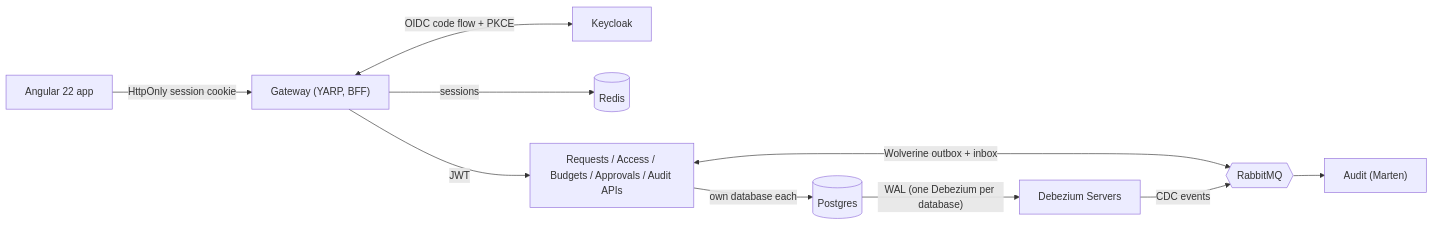
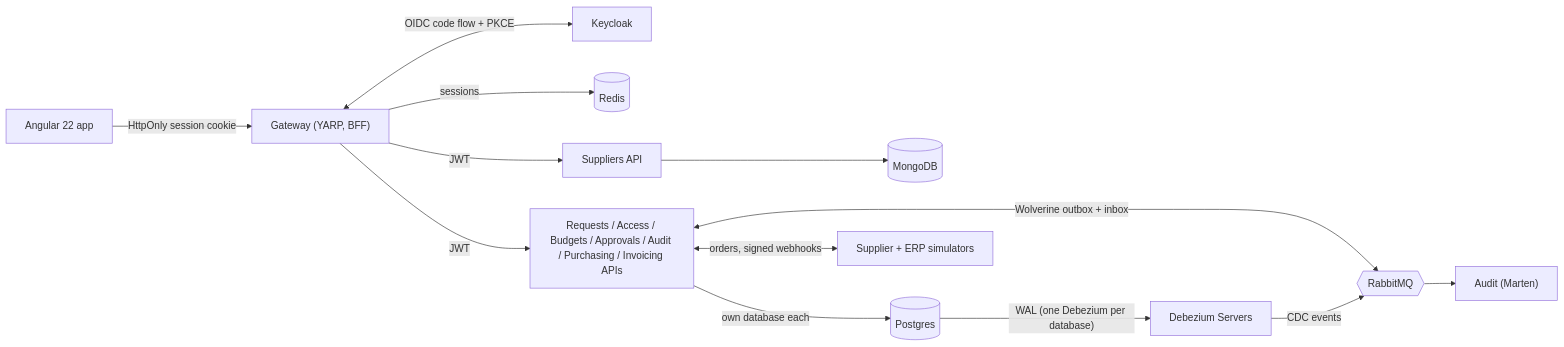
Before and after one commit to modefan/procure-ai: the first of 3 diagrams in README.md, drawn with Mermaid. The commit also changed other lines of this file, not shown here.

Commit message:
docs: README covers Suppliers, Purchasing, Invoicing, simulators and the order-to-payment flow

````diff
--- a/README.md
+++ b/README.md
@@ -17,12 +20,15 @@
 ```mermaid
 flowchart LR
     Browser["Angular 22 app"] -->|"HttpOnly session cookie"| GW["Gateway (YARP, BFF)"]
     GW <-->|"OIDC code flow + PKCE"| KC["Keycloak"]
     GW -->|"sessions"| Redis[("Redis")]
-    GW -->|"JWT"| Svc["Requests / Access / Budgets / Approvals / Audit APIs"]
+    GW -->|"JWT"| Svc["Requests / Access / Budgets / Approvals / Audit / Purchasing / Invoicing APIs"]
+    GW -->|"JWT"| Sup["Suppliers API"]
+    Sup --> Mongo[("MongoDB")]
     Svc -->|"own database each"| PG[("Postgres")]
+    Svc <-->|"orders, signed webhooks"| Sim["Supplier + ERP simulators"]
     Svc <-->|"Wolverine outbox + inbox"| MQ{{"RabbitMQ"}}
     PG -->|"WAL (one Debezium per database)"| DBZ["Debezium Servers"]
     DBZ -->|"CDC events"| MQ
     MQ --> Audit["Audit (Marten)"]
 ```
````
